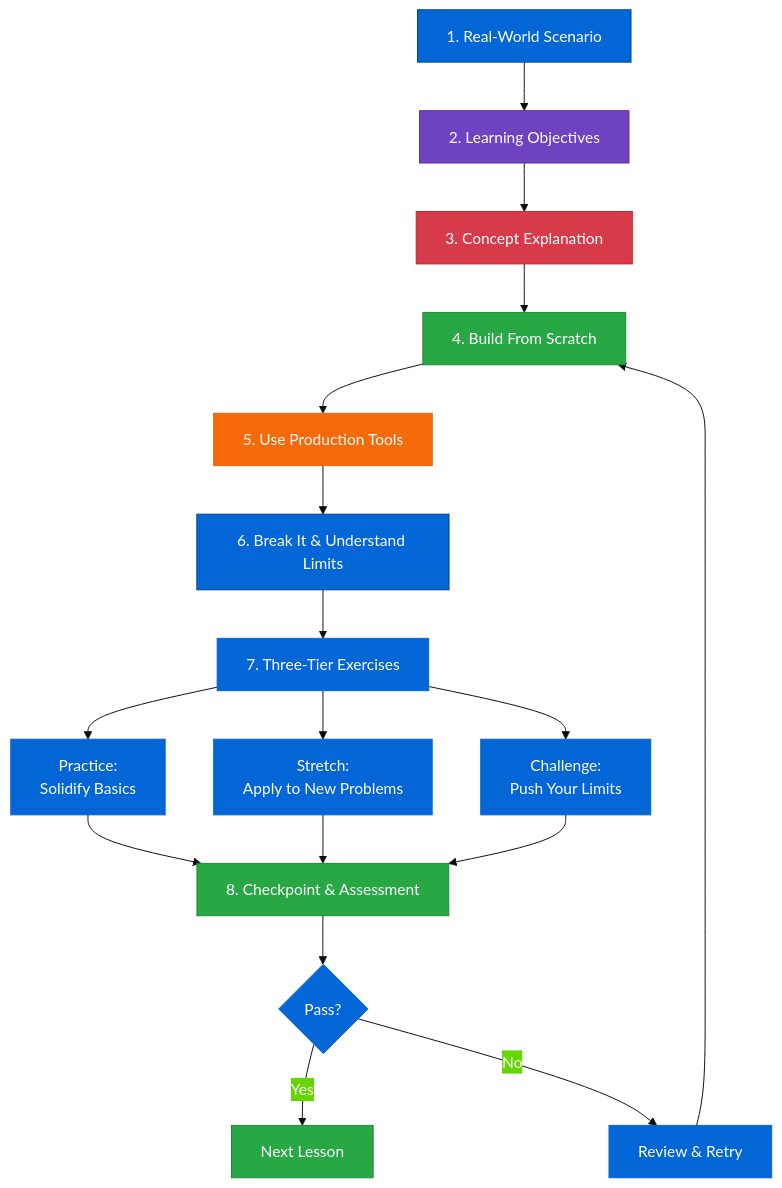
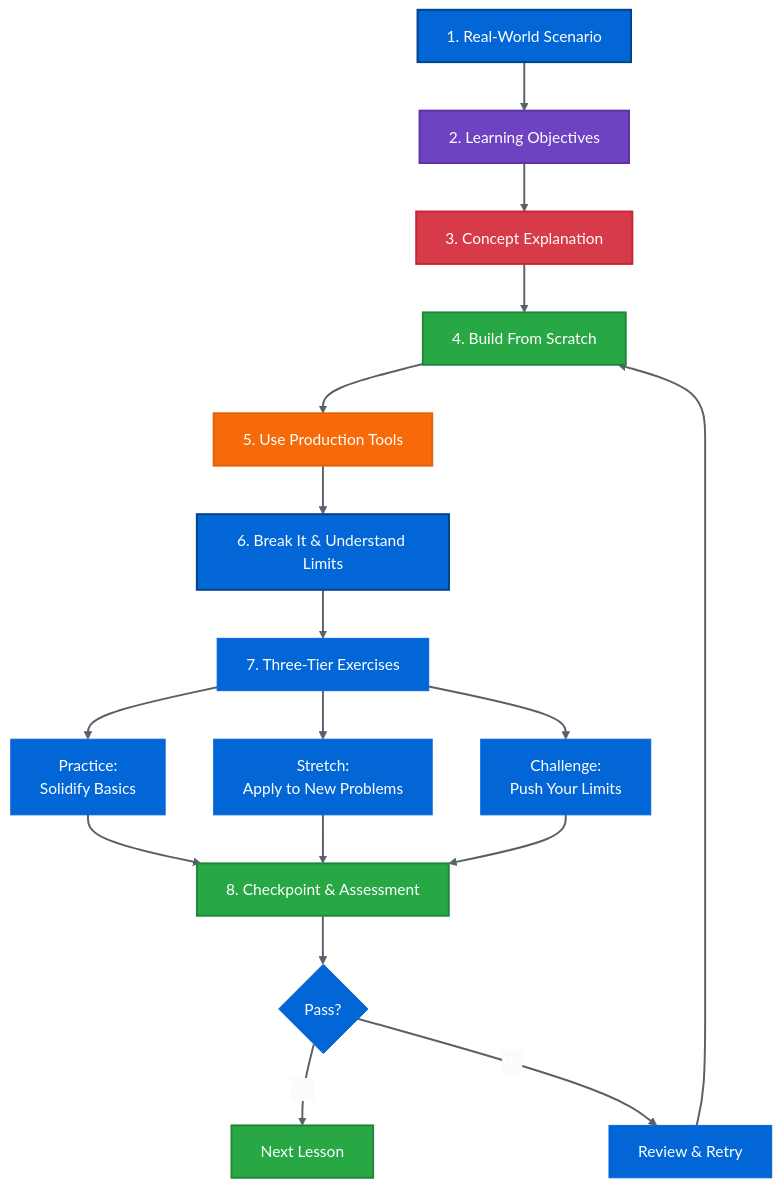
Diagram 13 of 22 in README.md (nexageapps/AI), drawn with Mermaid before and after one commit. The commit also changed other lines of this file and 1 other file, not shown here.

````diff
--- a/README.md
+++ b/README.md
@@ -488,32 +500,34 @@
 ```mermaid
-%%{init: {'theme':'base', 'themeVariables': {'primaryColor':'#0366d6','primaryTextColor':'#fff','primaryBorderColor':'#0366d6'}}}%%
+%%{init: {'theme':'base', 'themeVariables': {'primaryColor':'#0366d6','primaryTextColor':'#fff','primaryBorderColor':'#0366d6','lineColor':'#586069','defaultLinkColor':'#586069','edgeLabelBackground':'#fafbfc'}}}%%
 flowchart TD
     A[1. Real-World Scenario] --> B[2. Learning Objectives]
     B --> C[3. Concept Explanation]
     C --> D[4. Build From Scratch]
     D --> E[5. Use Production Tools]
     E --> F[6. Break It & Understand Limits]
     F --> G[7. Three-Tier Exercises]
     
     G --> G1[Practice:<br/>Solidify Basics]
     G --> G2[Stretch:<br/>Apply to New Problems]
     G --> G3[Challenge:<br/>Push Your Limits]
     
     G1 --> H[8. Checkpoint & Assessment]
     G2 --> H
     G3 --> H
     
     H --> I{Pass?}
     I -->|Yes| J[Next Lesson]
     I -->|No| K[Review & Retry]
     K --> D
     
-    style A fill:#0366d6,stroke:#044289,color:#fff
-    style B fill:#6f42c1,stroke:#5a32a3,color:#fff
-    style C fill:#d73a49,stroke:#cb2431,color:#fff
-    style D fill:#28a745,stroke:#22863a,color:#fff
-    style E fill:#f66a0a,stroke:#e36209,color:#fff
-    style F fill:#0366d6,stroke:#044289,color:#fff
-    style H fill:#28a745,stroke:#22863a,color:#fff
-    style J fill:#28a745,stroke:#22863a,color:#fff
+    linkStyle default stroke:#586069,stroke-width:2px
+    
+    style A fill:#0366d6,stroke:#044289,stroke-width:2px,color:#fff
+    style B fill:#6f42c1,stroke:#5a32a3,stroke-width:2px,color:#fff
+    style C fill:#d73a49,stroke:#cb2431,stroke-width:2px,color:#fff
+    style D fill:#28a745,stroke:#22863a,stroke-width:2px,color:#fff
+    style E fill:#f66a0a,stroke:#e36209,stroke-width:2px,color:#fff
+    style F fill:#0366d6,stroke:#044289,stroke-width:2px,color:#fff
+    style H fill:#28a745,stroke:#22863a,stroke-width:2px,color:#fff
+    style J fill:#28a745,stroke:#22863a,stroke-width:2px,color:#fff
 ```
````
